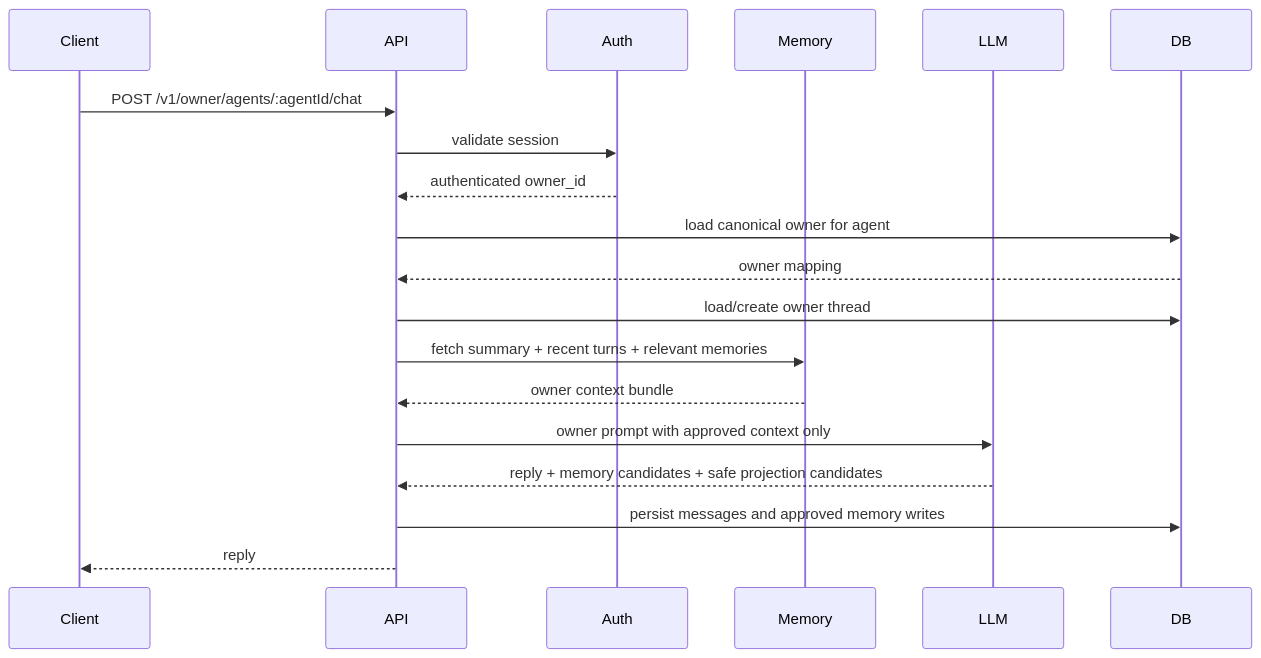
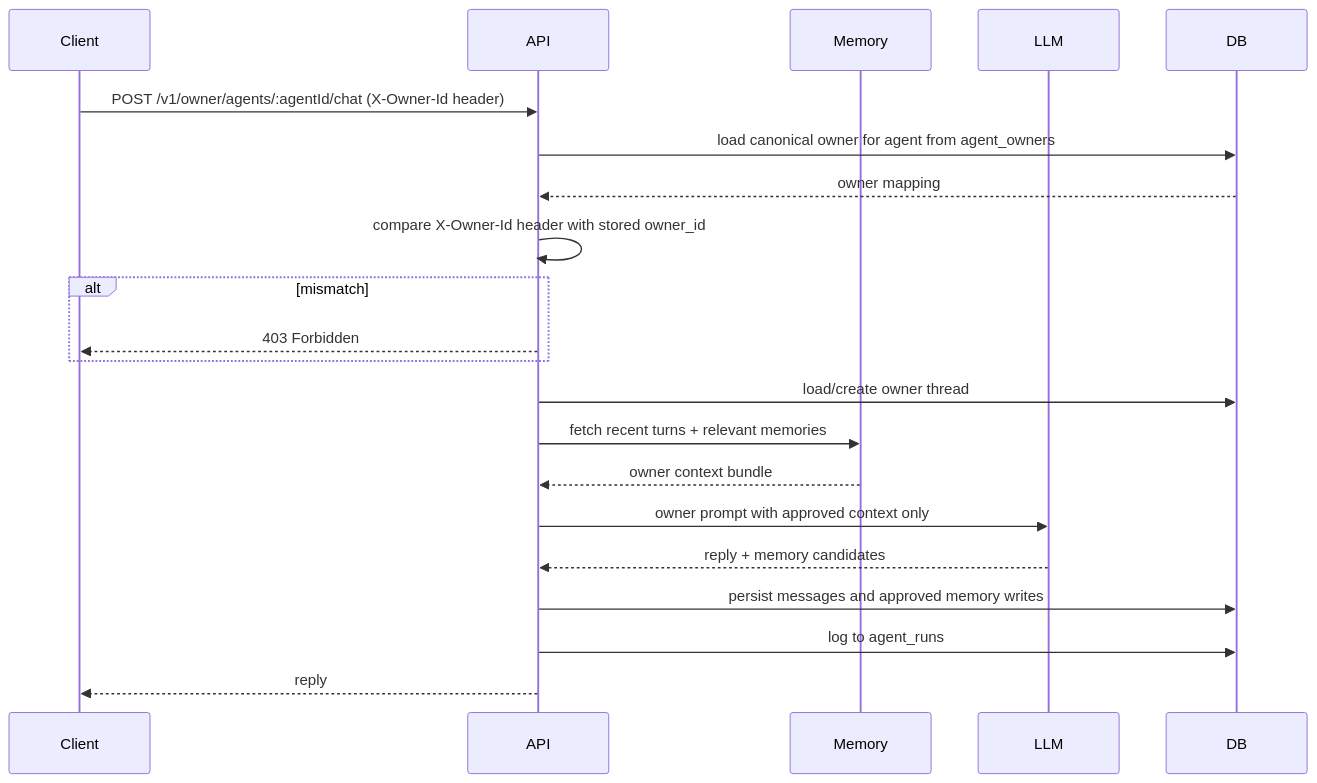
One commit to nithinap/agent-village-prototype changed the diagram in docs/design/case-1-owner-contract.md. Above: the diagram before and after it, drawn with Mermaid. The commit also changed other lines of this file and 5 other files, not shown here.

````diff
--- a/docs/design/case-1-owner-contract.md
+++ b/docs/design/case-1-owner-contract.md
@@ -321,22 +333,24 @@
 ```mermaid
 sequenceDiagram
     participant Client
     participant API
-    participant Auth
     participant Memory
     participant LLM
     participant DB
 
-    Client->>API: POST /v1/owner/agents/:agentId/chat
-    API->>Auth: validate session
-    Auth-->>API: authenticated owner_id
-    API->>DB: load canonical owner for agent
+    Client->>API: POST /v1/owner/agents/:agentId/chat (X-Owner-Id header)
+    API->>DB: load canonical owner for agent from agent_owners
     DB-->>API: owner mapping
+    API->>API: compare X-Owner-Id header with stored owner_id
+    alt mismatch
+        API-->>Client: 403 Forbidden
+    end
     API->>DB: load/create owner thread
-    API->>Memory: fetch summary + recent turns + relevant memories
+    API->>Memory: fetch recent turns + relevant memories
     Memory-->>API: owner context bundle
     API->>LLM: owner prompt with approved context only
-    LLM-->>API: reply + memory candidates + safe projection candidates
+    LLM-->>API: reply + memory candidates
     API->>DB: persist messages and approved memory writes
+    API->>DB: log to agent_runs
     API-->>Client: reply
 ```
````
